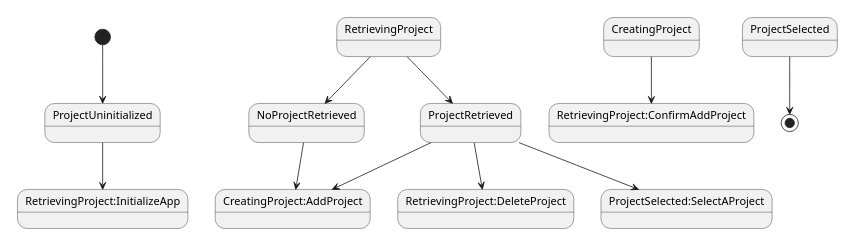
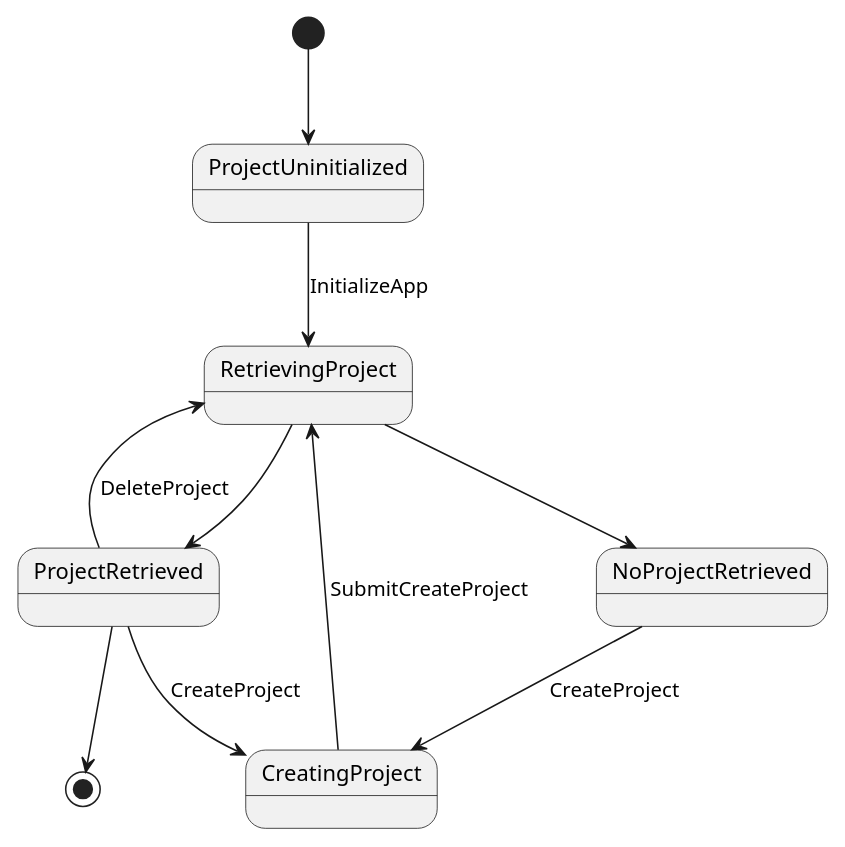
One commit to amamiseiya/shonichi_Flutter changed the diagram in flutter_module/documents/home_page_state.wsd. Above: the diagram before and after it, drawn with PlantUML. The commit also changed 54 other files, not shown here.

```diff
--- a/flutter_module/documents/home_page_state.wsd
+++ b/flutter_module/documents/home_page_state.wsd
@@ -1,14 +1,14 @@
 @startuml HomePageState
 scale 500 width
 
 [*] --> ProjectUninitialized
-ProjectUninitialized-->RetrievingProject:InitializeApp
-RetrievingProject-->NoProjectRetrieved
-RetrievingProject-->ProjectRetrieved
-NoProjectRetrieved-->CreatingProject:AddProject
-ProjectRetrieved-->CreatingProject:AddProject
-ProjectRetrieved-->RetrievingProject:DeleteProject
-CreatingProject-->RetrievingProject:ConfirmAddProject
-ProjectRetrieved-->ProjectSelected:SelectAProject
-ProjectSelected-->[*]
+ProjectUninitialized --> RetrievingProject: InitializeApp
+RetrievingProject --> NoProjectRetrieved
+RetrievingProject --> ProjectRetrieved
+NoProjectRetrieved --> CreatingProject: CreateProject
+ProjectRetrieved --> CreatingProject: CreateProject
+ProjectRetrieved --> RetrievingProject: DeleteProject
+CreatingProject --> RetrievingProject: SubmitCreateProject
+ProjectRetrieved --> [*]
+
 @enduml
```
